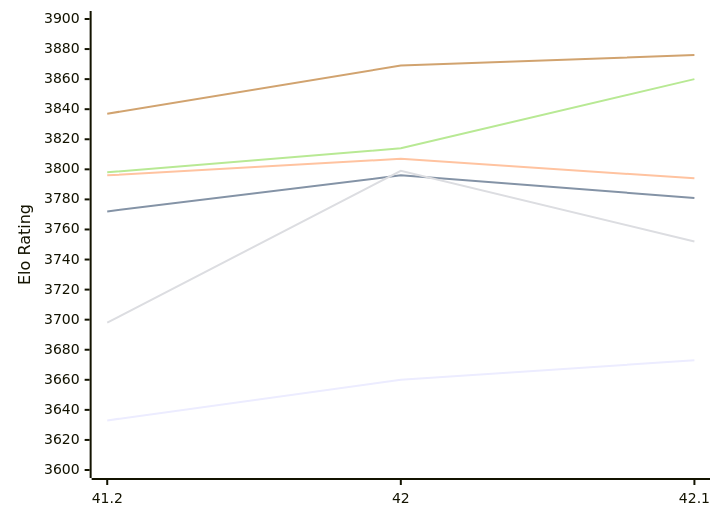
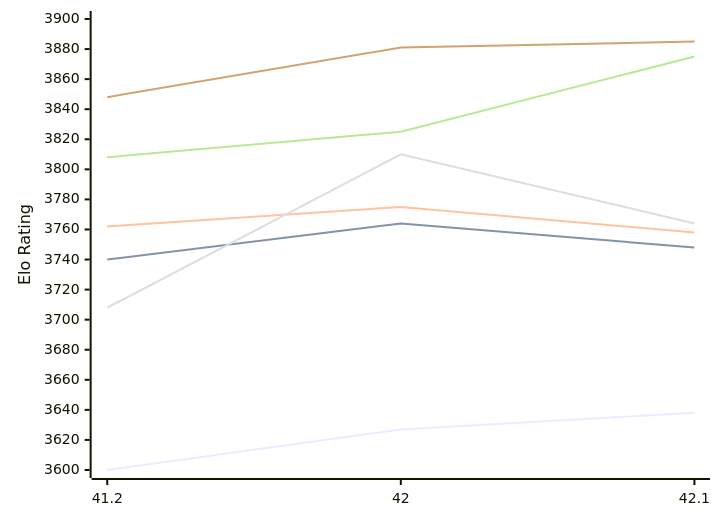
The first of 2 diagrams in engines/Shashchess.md (computer-chess-index/cci), drawn with Mermaid before and after one commit. The commit also changed other lines of this file, not shown here.

Commit message:
Update CCI Ratings (ELO VLTC) - 2026-11-12

````diff
--- a/engines/Shashchess.md
+++ b/engines/Shashchess.md
@@ -52,12 +52,12 @@
 ```mermaid
 %%{init: {"theme":"base","themeVariables":{"seriesColors:['#a3a3a3','#222221','#faa371']}}}%%
 xychart-beta
   x-axis ["41.2", "42", "42.1"]
   y-axis "Elo Rating" 3600 --> 3900
-  line "E1: STC (8.0+0.08s)" [3633, 3660, 3673]
-  line "E1: LTC (60.0+0.60s)" [3772, 3796, 3781]
-  line "E1: VLTC (2m24s+1.12s)" [3796, 3807, 3794]
-  line "P1: STC (8.0+0.08s)" [3698, 3799, 3752]
-  line "P1: LTC (60.0+0.60s)" [3798, 3814, 3860]
-  line "P1: VLTC (2m24s+1.12s)" [3837, 3869, 3876]
+  line "E1: STC (8.0+0.08s)" [3600, 3627, 3638]
+  line "E1: LTC (60.0+0.60s)" [3740, 3764, 3748]
+  line "E1: VLTC (2m24s+1.12s)" [3762, 3775, 3758]
+  line "P1: STC (8.0+0.08s)" [3708, 3810, 3764]
+  line "P1: LTC (60.0+0.60s)" [3808, 3825, 3875]
+  line "P1: VLTC (2m24s+1.12s)" [3848, 3881, 3885]
 ```
````
